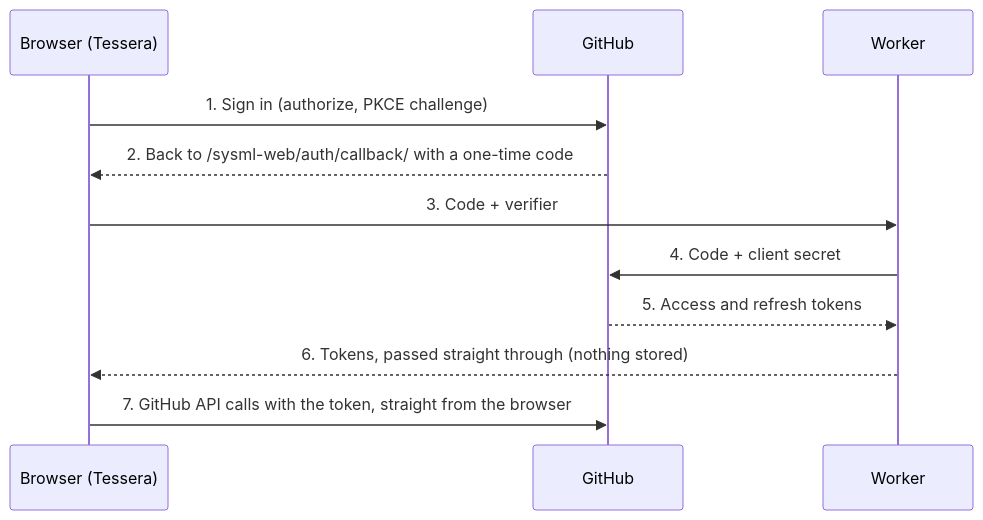
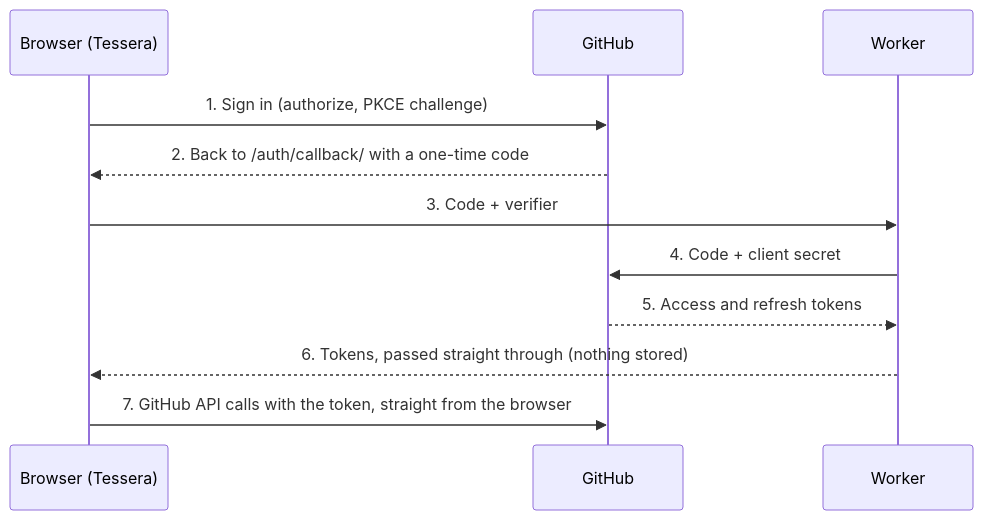
One commit to jackhale98/sysml-web changed the diagram in docs/setup-github-sign-in.md. Above: the diagram before and after it, drawn with Mermaid. The commit also changed other lines of this file and 5 other files, not shown here.

````diff
--- a/docs/setup-github-sign-in.md
+++ b/docs/setup-github-sign-in.md
@@ -24,13 +24,13 @@
 ```mermaid
 sequenceDiagram
     participant B as Browser (Tessera)
     participant G as GitHub
     participant W as Worker
     B->>G: 1. Sign in (authorize, PKCE challenge)
-    G-->>B: 2. Back to /sysml-web/auth/callback/ with a one-time code
+    G-->>B: 2. Back to /auth/callback/ with a one-time code
     B->>W: 3. Code + verifier
     W->>G: 4. Code + client secret
     G-->>W: 5. Access and refresh tokens
     W-->>B: 6. Tokens, passed straight through (nothing stored)
     B->>G: 7. GitHub API calls with the token, straight from the browser
 ```
````
